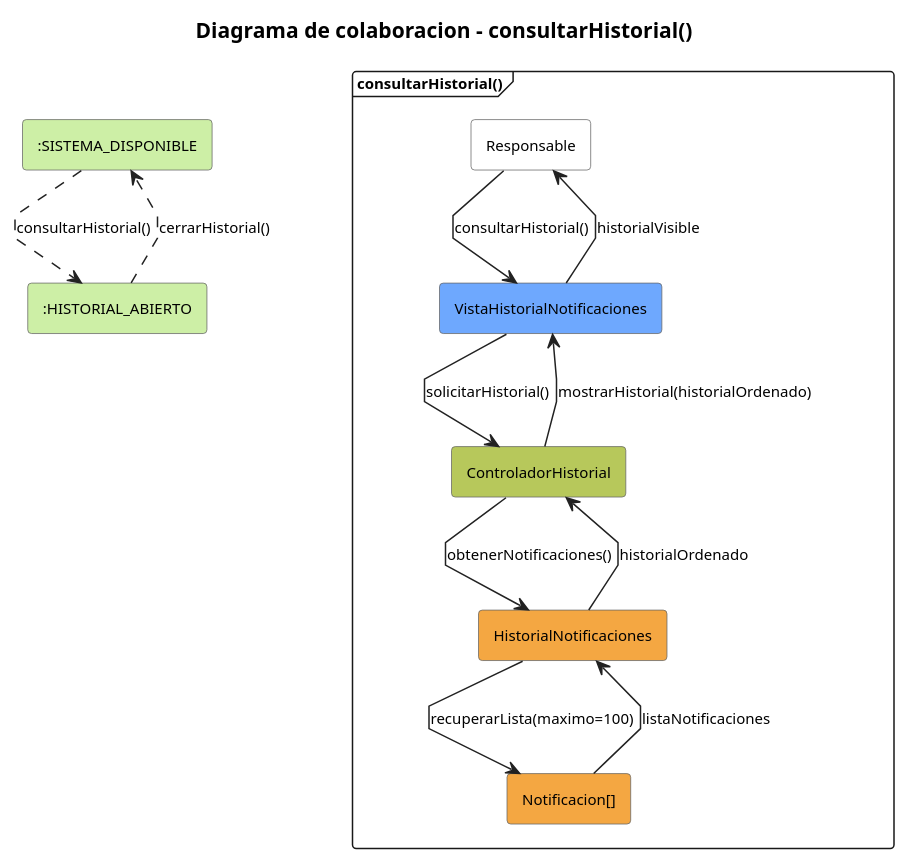
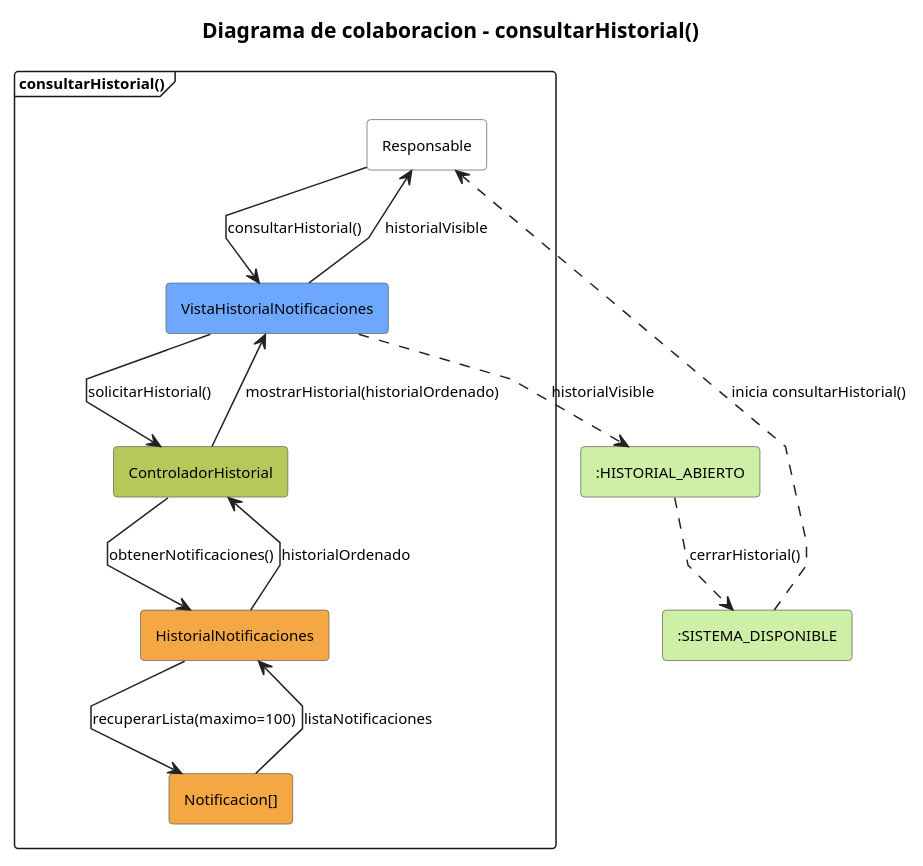
Before and after one commit to RaulPlayo/TFG-RaulPelayoParaja: the diagram in codigoFuente/colabHistorial.puml, drawn with PlantUML. The commit also changed 7 other files, not shown here.

```diff
--- a/codigoFuente/colabHistorial.puml
+++ b/codigoFuente/colabHistorial.puml
@@ -1,39 +1,39 @@
 @startuml colaboracionConsultarHistorial
 
 title Diagrama de colaboracion - consultarHistorial()
-
 
 skinparam defaultFontName Arial
 skinparam defaultFontSize 10
 skinparam shadowing false
 skinparam linetype polyline
 skinparam ArrowColor #222222
 skinparam rectangle {
   BorderColor #666666
   RoundCorner 5
 }
+
+rectangle ":SISTEMA_DISPONIBLE" as sistemaDisponible #CDEFA6
+rectangle ":HISTORIAL_ABIERTO" as historialAbierto #CDEFA6
 
 frame "consultarHistorial()" {
   rectangle "Responsable" as responsable #FFFFFF
   rectangle "VistaHistorialNotificaciones" as vistaHistorial #6EA8FE
   rectangle "ControladorHistorial" as controladorHistorial #B7C85B
   rectangle "HistorialNotificaciones" as historial #F4A742
   rectangle "Notificacion[]" as notificaciones #F4A742
 
   responsable --> vistaHistorial : consultarHistorial()
   vistaHistorial --> controladorHistorial : solicitarHistorial()
   controladorHistorial --> historial : obtenerNotificaciones()
   historial --> notificaciones : recuperarLista(maximo=100)
   notificaciones --> historial : listaNotificaciones
   historial --> controladorHistorial : historialOrdenado
   controladorHistorial --> vistaHistorial : mostrarHistorial(historialOrdenado)
   vistaHistorial --> responsable : historialVisible
 }
 
-rectangle ":SISTEMA_DISPONIBLE" as sistemaDisponible #CDEFA6
-rectangle ":HISTORIAL_ABIERTO" as historialAbierto #CDEFA6
-
-sistemaDisponible ..> historialAbierto : consultarHistorial()
+sistemaDisponible ..> responsable : inicia consultarHistorial()
+vistaHistorial ..> historialAbierto : historialVisible
 historialAbierto ..> sistemaDisponible : cerrarHistorial()
 
 @enduml
```
